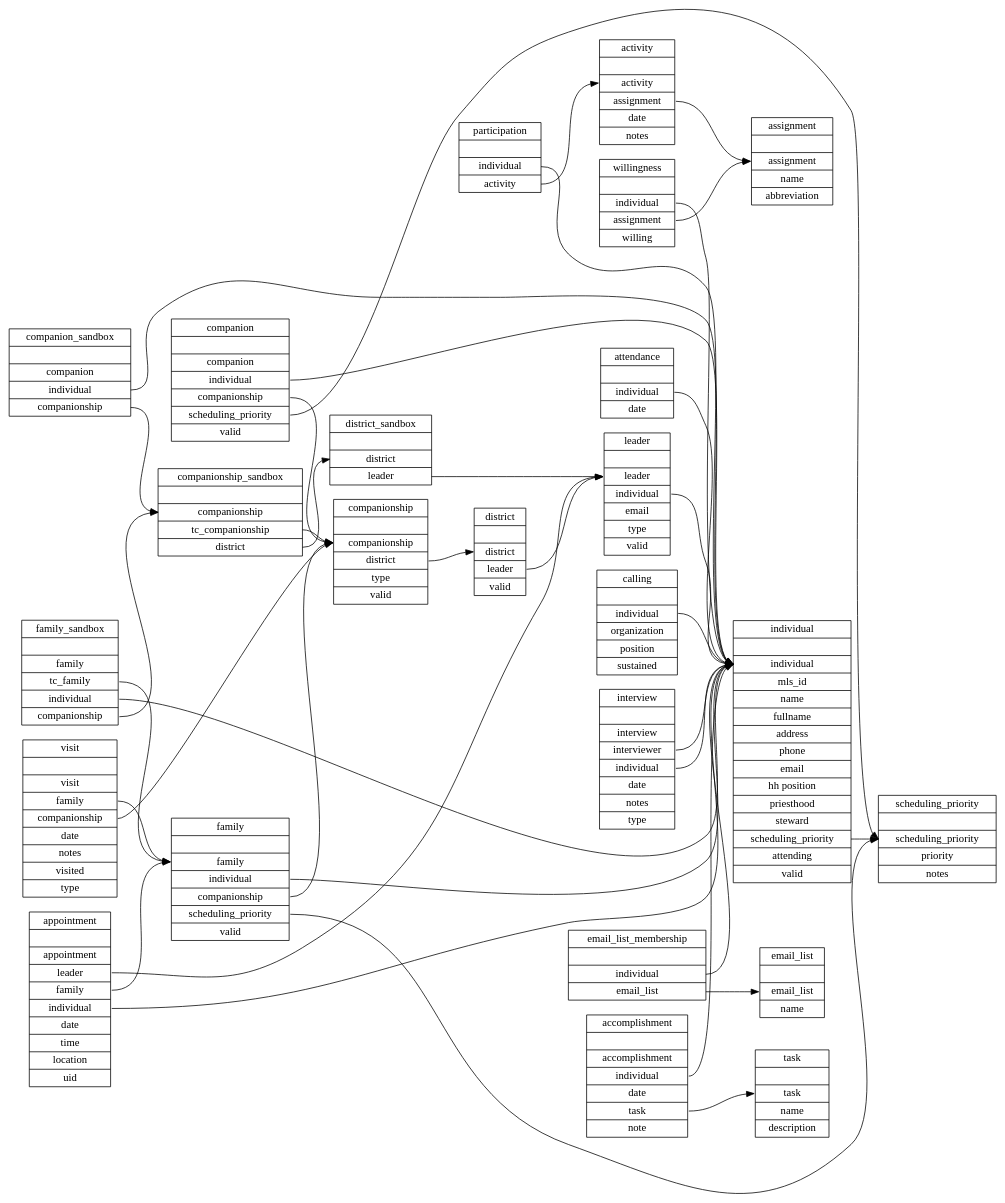
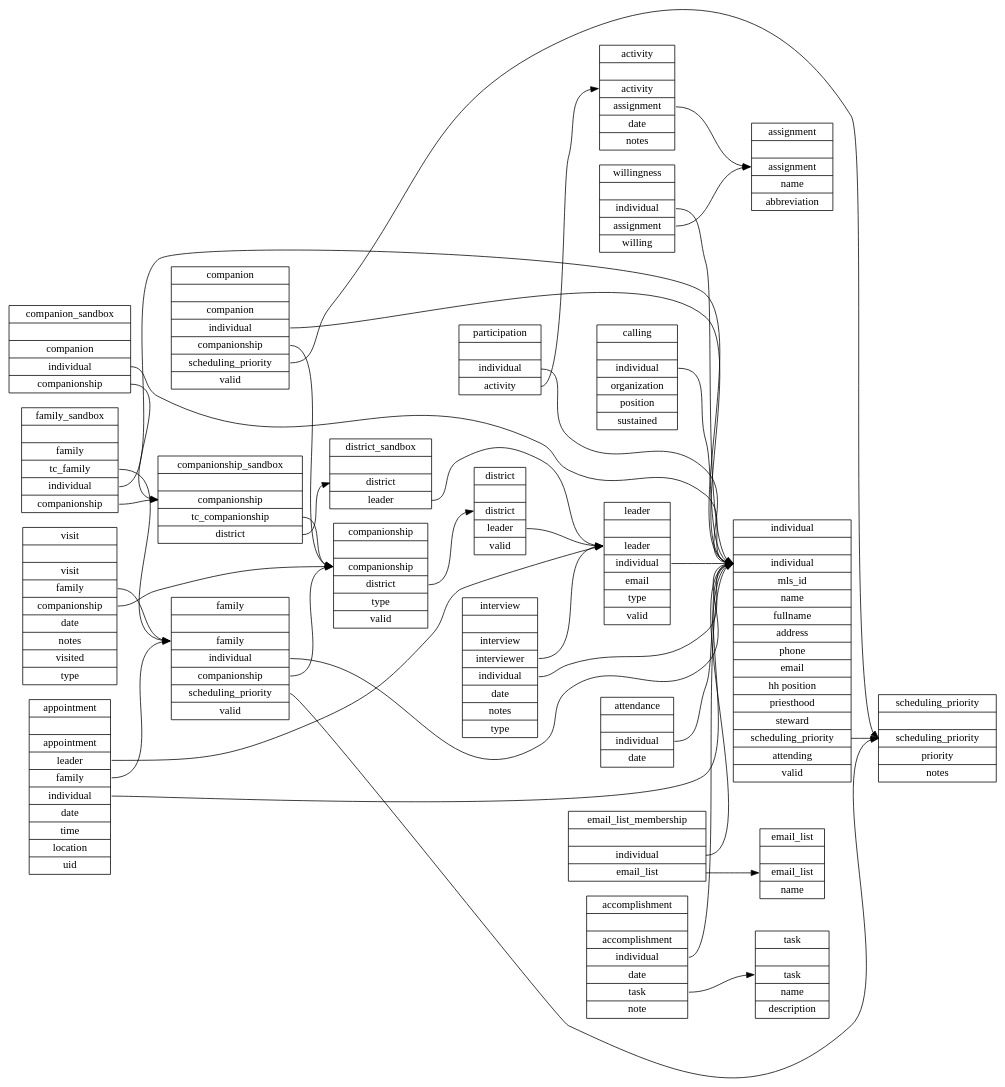
Before and after one commit to apippin/tc: the diagram in sql/schema.dot, drawn with Graphviz. The commit also changed 3 other files, not shown here.

Commit message:
change tc_interview.interviewer to point to tc_leader.leader instead of tc_individual.individual

```diff
--- a/sql/schema.dot
+++ b/sql/schema.dot
@@ -1,155 +1,155 @@
 digraph schema {
   graph [
     rankdir = "LR"
   ];
   activity   [
     label = "activity||<a> activity|<s> assignment|<t> date|<n> notes"
     shape = "record"
   ];
   appointment   [
     label = "appointment||<a> appointment|<l> leader|<f> family|<i> individual |<d> date|<t> time|<l> location|<u> uid"
     shape = "record"
   ];
   assignment    [
     label = "assignment||<a> assignment|<n> name|<ab> abbreviation"
     shape = "record"
   ];
   attendance   [
     label = "attendance||<i> individual|<d> date"
     shape = "record"
   ];
   calling       [
     label = "calling||<i> individual|<o> organization|<p> position|<s> sustained"
     shape = "record"
   ];
   companion   [
     label = "companion||<c> companion|<i> individual|<cp> companionship|<sp> scheduling_priority|<v> valid"
     shape = "record"
   ];
   companionship   [
     label = "companionship||<c> companionship|<d> district|<t> type|<v> valid"
     shape = "record"
   ];
   district      [
     label = "district||<d> district|<l> leader|<v> valid"
     shape = "record"
   ];
   individual   [
     label = "individual||<i> individual|<id> mls_id|<n> name|<fn> fullname|<a> address|<p> phone|<em> email|<hh> hh position|<pr> priesthood|<st> steward|<sp> scheduling_priority|<a> attending|<v> valid"
     shape = "record"
   ];
   family   [
     label = "family||<f> family|<i> individual|<c> companionship|<sp> scheduling_priority|<v> valid"
     shape = "record"
   ];
   participation   [
     label = "participation||<i> individual|<a> activity"
     shape = "record"
   ];
   interview   [
     label = "interview||<in> interview|<i> interviewer|<il> individual|<t> date|<n> notes|<t> type"
     shape = "record"
   ];
   leader    [
     label = "leader||<l> leader|<i> individual|<em> email|<t> type|<v> valid"
     shape = "record"
   ];
   visit   [
     label = "visit||<v> visit|<f> family|<c> companionship|<t> date|<n> notes|<v> visited|<vt> type"
     shape = "record"
   ];
   willingness   [
     label = "willingness||<i> individual|<a> assignment|<w> willing"
     shape = "record"
   ];
   scheduling_priority   [
     label = "scheduling_priority||<sp> scheduling_priority|<p> priority|<n> notes"
     shape = "record"
   ];
   email_list   [
     label = "email_list||<e> email_list|<n> name"
     shape = "record"
   ];
   email_list_membership   [
     label = "email_list_membership||<i> individual|<e> email_list"
     shape = "record"
   ];
   accomplishment   [
     label = "accomplishment||<a> accomplishment|<i> individual|<d> date|<t> task|<n> note"
     shape = "record"
   ];
   task   [
     label = "task||<t> task|<n> name|<d> description"
     shape = "record"
   ];
   district_sandbox   [
     label = "district_sandbox||<d> district|<l> leader"
     shape = "record"
   ];
   companion_sandbox   [
     label = "companion_sandbox||<c> companion|<i> individual|<cp> companionship"
     shape = "record"
   ];
   companionship_sandbox   [
     label = "companionship_sandbox||<cp> companionship|<tcp> tc_companionship|<d> district"
     shape = "record"
   ];
   family_sandbox   [
     label = "family_sandbox||<f> family|<tcf> tc_family|<i> individual|<cp> companionship"
     shape = "record"
   ];
 
   activity:s      -> assignment:a
 
   appointment:l   -> leader:l
   appointment:f   -> family:f
   appointment:i   -> individual:i
 
   attendance:i    -> individual:i
   
   calling:i       -> individual:i
 
   companion:cp    -> companionship:c
   companion:i     -> individual:i
   companion:sp    -> scheduling_priority:sp
 
   companionship:d -> district:d
   
   district:l      -> leader:l
   
   individual:sp   -> scheduling_priority:sp
   
   family:i        -> individual:i
   family:c        -> companionship:c
   family:sp       -> scheduling_priority:sp
 
   participation:i -> individual:i
   participation:a -> activity:a
 
   interview:il    -> individual:i
-  interview:i     -> individual:i
+  interview:i     -> leader:l
 
   leader:i    -> individual:i
 
   visit:c         -> companionship:c
   visit:f         -> family:f
 
   willingness:i   -> individual:i
   willingness:a   -> assignment:a
 
   email_list_membership:i  -> individual:i
   email_list_membership:e  -> email_list:e
   
   accomplishment:i   -> individual:i
   accomplishment:t   -> task:t
  
   district_sandbox:l      -> leader:l
   companion_sandbox:i     -> individual:i
   companion_sandbox:cp    -> companionship_sandbox:cp
   companionship_sandbox:tcp -> companionship:c
   companionship_sandbox:d -> district_sandbox:d
   family_sandbox:tcf      -> family:f
   family_sandbox:i        -> individual:i
   family_sandbox:cp       -> companionship_sandbox:cp
   
 }
```
